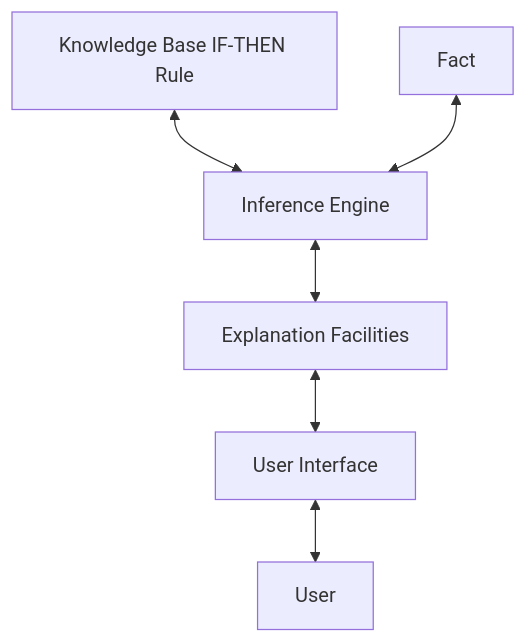
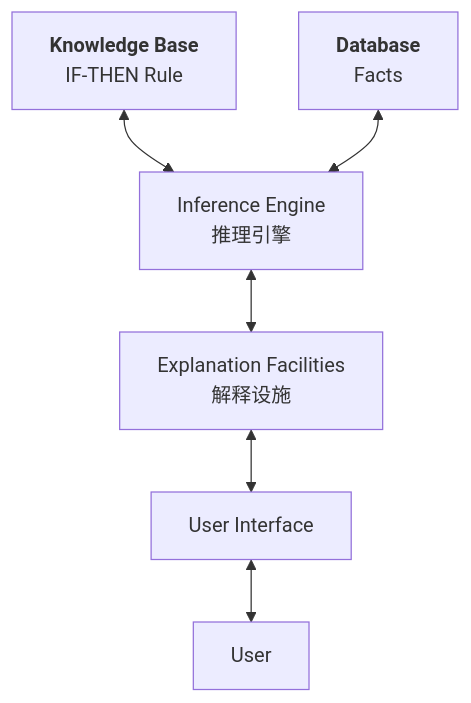
Before and after one commit to hyz-courses/CISC3023-Machine-Learning-Notes: the second of 6 diagrams in 02_Rule_Based.md, drawn with Mermaid. The commit also changed other lines of this file and 2 other files, not shown here.

````diff
--- a/02_Rule_Based.md
+++ b/02_Rule_Based.md
@@ -40,8 +138,27 @@
 ```mermaid
 flowchart TD
-	A[Knowledge Base IF-THEN Rule] <--> C[DataBase Inference Engine]
-	B[Fact] <--> C[Inference Engine]
-	C[Inference Engine] <--> D[Explanation Facilities]
-	D[Explanation Facilities] <--> E[User Interface]
-	E[User Interface] <--> User
+	A["`
+		**Knowledge Base** 
+		IF-THEN Rule
+	`"] 
+	<--> 
+	C["`
+		Inference Engine
+		推理引擎
+	`"]
+	
+	B["`
+		**Database**
+		Facts
+	`"] <--> C
+	
+	C 
+	<--> 
+	D["`
+		Explanation Facilities
+		解释设施
+	`"]
+	
+	D <--> E[User Interface]
+	E <--> User
 ```
````
